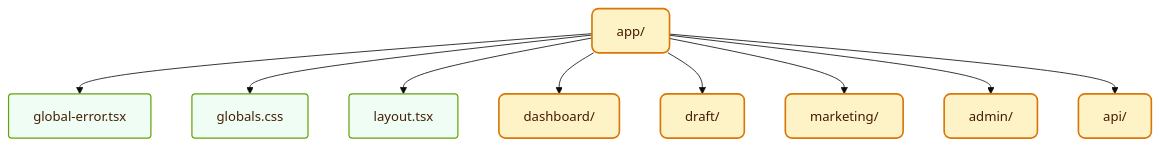
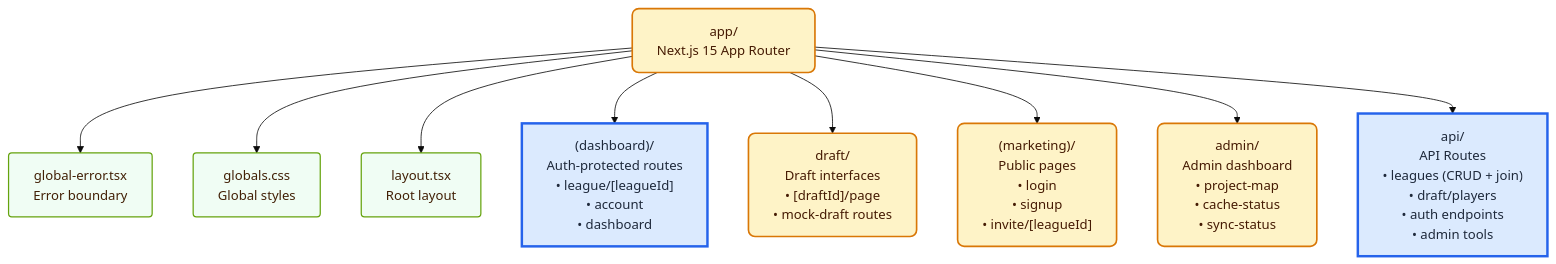
The diagram in docs/diagrams/project-map/app.md (kpm34/college-football-fantasy-app), drawn with Mermaid (base theme) before and after one commit. The commit also changed 3 other files, not shown here.

First line of the commit message:
docs(project-map): update diagrams for app, docs, schema, ops folders

````diff
--- a/docs/diagrams/project-map/app.md
+++ b/docs/diagrams/project-map/app.md
@@ -3,36 +3,48 @@
 ```mermaid
 flowchart TB
   classDef folder fill:#fef3c7,stroke:#d97706,stroke-width:2,color:#451a03,rx:8,ry:8
   classDef file fill:#f0fdf4,stroke:#65a30d,stroke-width:1.5,color:#422006,rx:4,ry:4
-  R["app/"]
+  classDef highlight fill:#dbeafe,stroke:#2563eb,stroke-width:3,color:#1e293b
+  
+  R["app/<br/>Next.js 15 App Router"]
   class R folder
-  global_error_tsx["global-error.tsx"]
+  
+  %% Root files
+  global_error_tsx["global-error.tsx<br/>Error boundary"]
   class global_error_tsx file
   R --> global_error_tsx
-  globals_css["globals.css"]
+  
+  globals_css["globals.css<br/>Global styles"]
   class globals_css file
   R --> globals_css
-  layout_tsx["layout.tsx"]
+  
+  layout_tsx["layout.tsx<br/>Root layout"]
   class layout_tsx file
   R --> layout_tsx
-  app_dashboard_["dashboard/"]
-  class app_dashboard_ folder
+  
+  %% Main route groups
+  app_dashboard_["(dashboard)/<br/>Auth-protected routes<br/>• league/[leagueId]<br/>• account<br/>• dashboard"]
+  class app_dashboard_ highlight
   R --> app_dashboard_
-  click app_dashboard_ "/admin/project-map/app/dashboard" "Open dashboard"
-  app_draft_["draft/"]
+  click app_dashboard_ "/admin/project-map/app/dashboard" "Open dashboard routes"
+  
+  app_draft_["draft/<br/>Draft interfaces<br/>• [draftId]/page<br/>• mock-draft routes"]
   class app_draft_ folder
   R --> app_draft_
-  click app_draft_ "/admin/project-map/app/draft" "Open draft"
-  app_marketing_["marketing/"]
+  click app_draft_ "/admin/project-map/app/draft" "Open draft routes"
+  
+  app_marketing_["(marketing)/<br/>Public pages<br/>• login<br/>• signup<br/>• invite/[leagueId]"]
   class app_marketing_ folder
   R --> app_marketing_
-  click app_marketing_ "/admin/project-map/app/marketing" "Open marketing"
-  app_admin_["admin/"]
+  click app_marketing_ "/admin/project-map/app/marketing" "Open marketing routes"
+  
+  app_admin_["admin/<br/>Admin dashboard<br/>• project-map<br/>• cache-status<br/>• sync-status"]
   class app_admin_ folder
   R --> app_admin_
-  click app_admin_ "/admin/project-map/app/admin" "Open admin"
-  app_api_["api/"]
-  class app_api_ folder
+  click app_admin_ "/admin/project-map/app/admin" "Open admin tools"
+  
+  app_api_["api/<br/>API Routes<br/>• leagues (CRUD + join)<br/>• draft/players<br/>• auth endpoints<br/>• admin tools"]
+  class app_api_ highlight
   R --> app_api_
-  click app_api_ "/admin/project-map/app/api" "Open api"
+  click app_api_ "/admin/project-map/app/api" "Open API routes"
 ```
````
